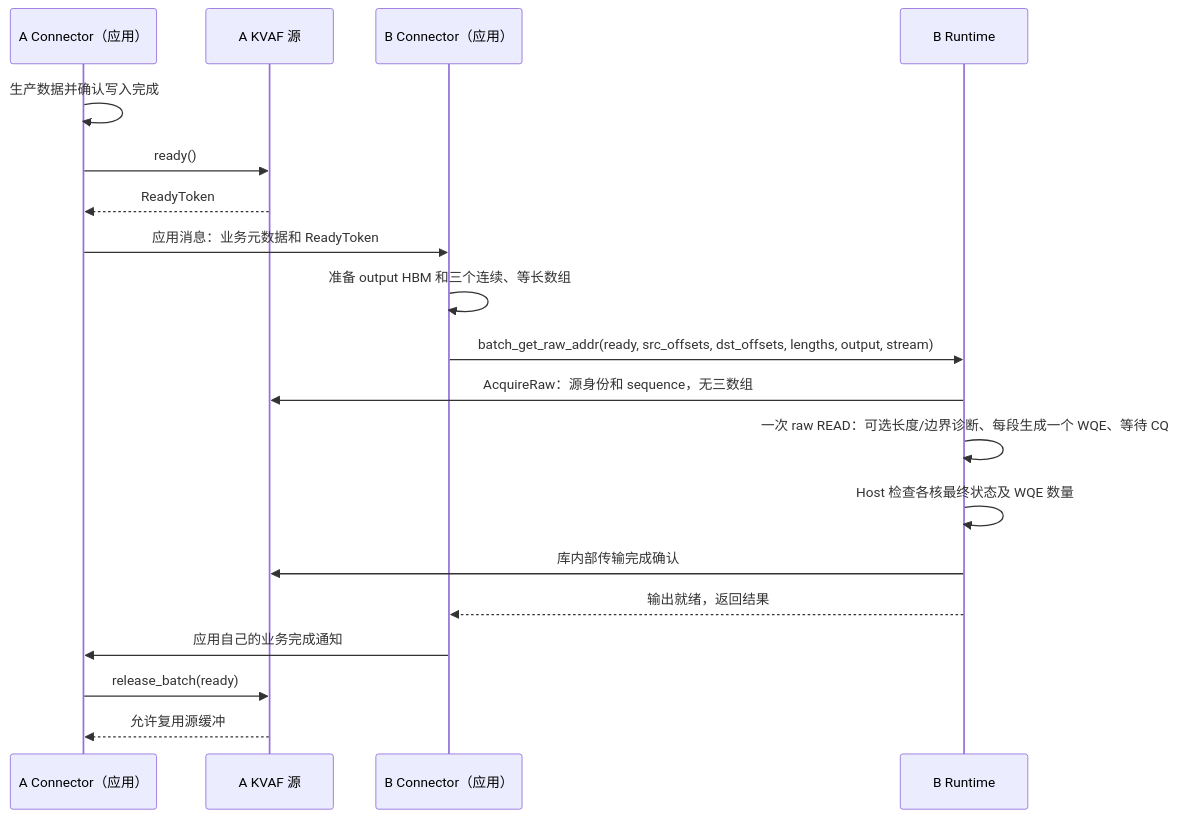
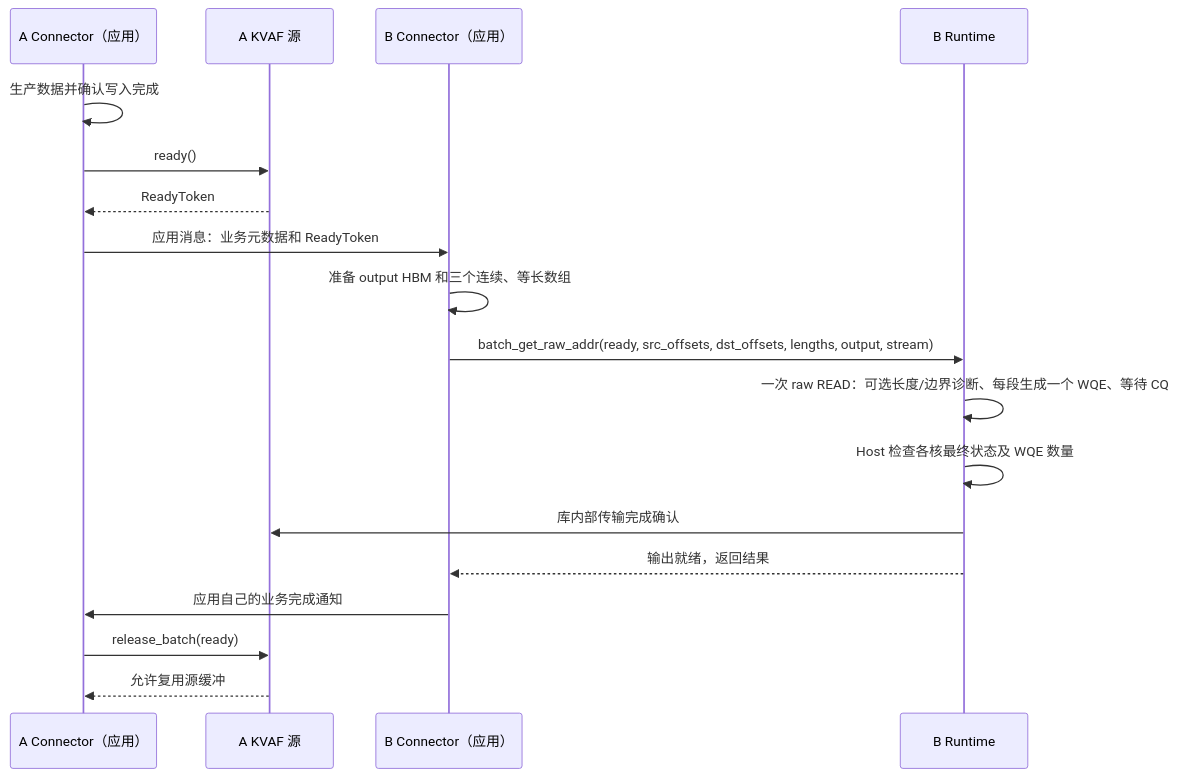
One commit to zxdgongjue-spec/KVAF changed the second of 2 diagrams in docs/connector_pull_api_design.md. Above: the diagram before and after it, drawn with Mermaid. The commit also changed other lines of this file and 19 other files, not shown here.

````diff
--- a/docs/connector_pull_api_design.md
+++ b/docs/connector_pull_api_design.md
@@ -482,22 +469,21 @@
 ```mermaid
 sequenceDiagram
     participant AC as A Connector（应用）
     participant AS as A KVAF 源
     participant BC as B Connector（应用）
     participant BR as B Runtime
 
     AC->>AC: 生产数据并确认写入完成
     AC->>AS: ready()
     AS-->>AC: ReadyToken
     AC->>BC: 应用消息：业务元数据和 ReadyToken
     BC->>BC: 准备 output HBM 和三个连续、等长数组
     BC->>BR: batch_get_raw_addr(ready, src_offsets, dst_offsets, lengths, output, stream)
-    BR->>AS: AcquireRaw：源身份和 sequence，无三数组
     BR->>BR: 一次 raw READ：可选长度/边界诊断、每段生成一个 WQE、等待 CQ
     BR->>BR: Host 检查各核最终状态及 WQE 数量
     BR->>AS: 库内部传输完成确认
     BR-->>BC: 输出就绪，返回结果
     BC->>AC: 应用自己的业务完成通知
     AC->>AS: release_batch(ready)
     AS-->>AC: 允许复用源缓冲
 ```
````
